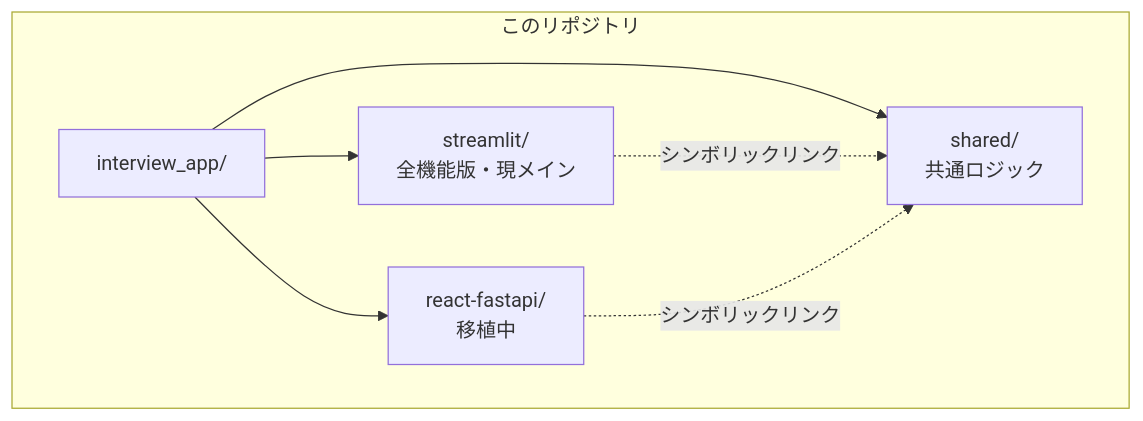
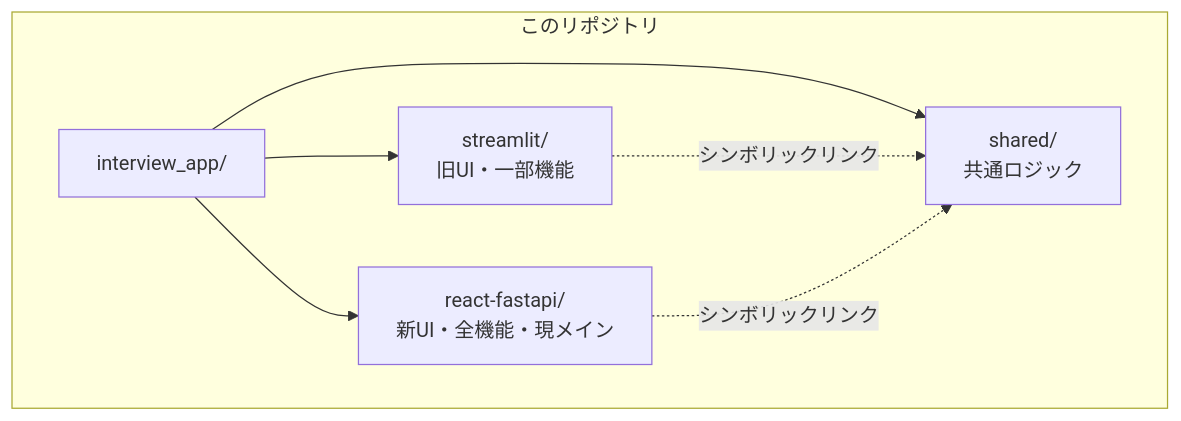
Before and after one commit to Myubd/interview-ai-app: the diagram in README.md, drawn with Mermaid. The commit also changed other lines of this file and 29 other files, not shown here.

````diff
--- a/README.md
+++ b/README.md
@@ -12,11 +12,11 @@
 ```mermaid
 graph TD
     subgraph このリポジトリ
         A[interview_app/]
-        A --> B[streamlit/<br/>全機能版・現メイン]
-        A --> C[react-fastapi/<br/>移植中]
+        A --> B[streamlit/<br/>旧UI・一部機能]
+        A --> C[react-fastapi/<br/>新UI・全機能・現メイン]
         A --> D[shared/<br/>共通ロジック]
         B -.シンボリックリンク.-> D
         C -.シンボリックリンク.-> D
     end
 ```
````
